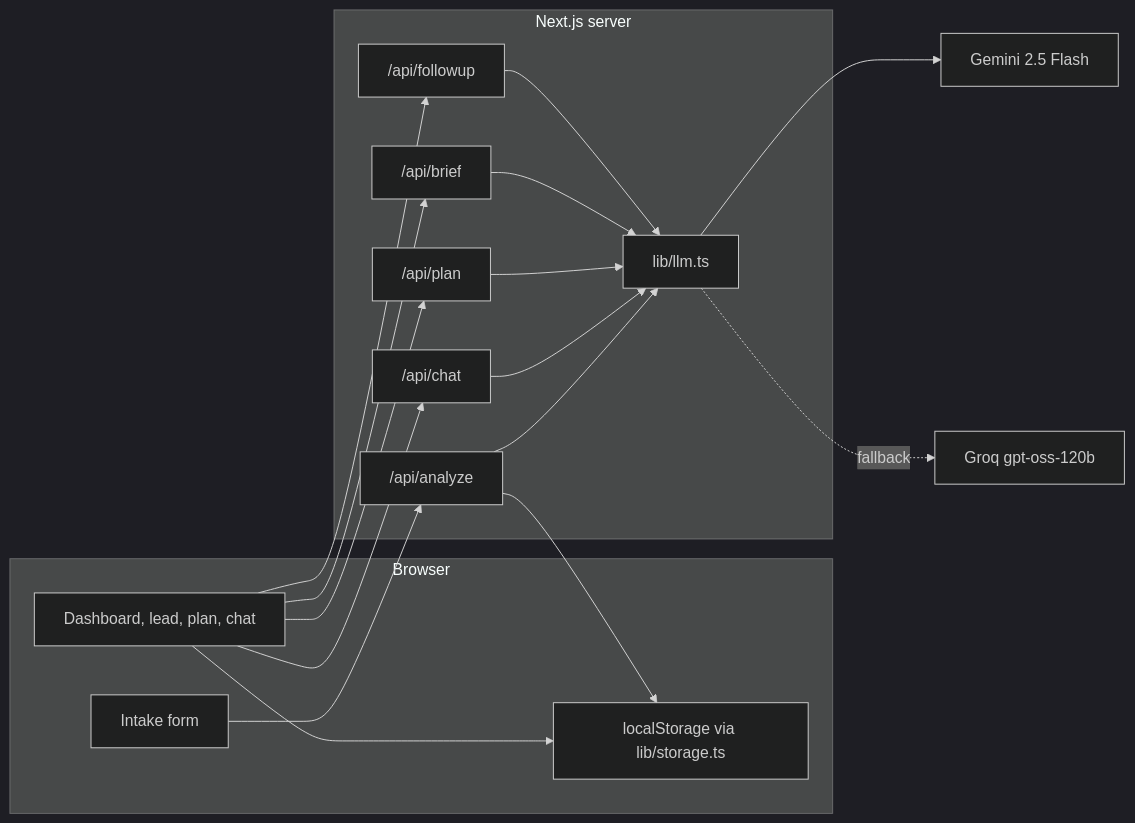
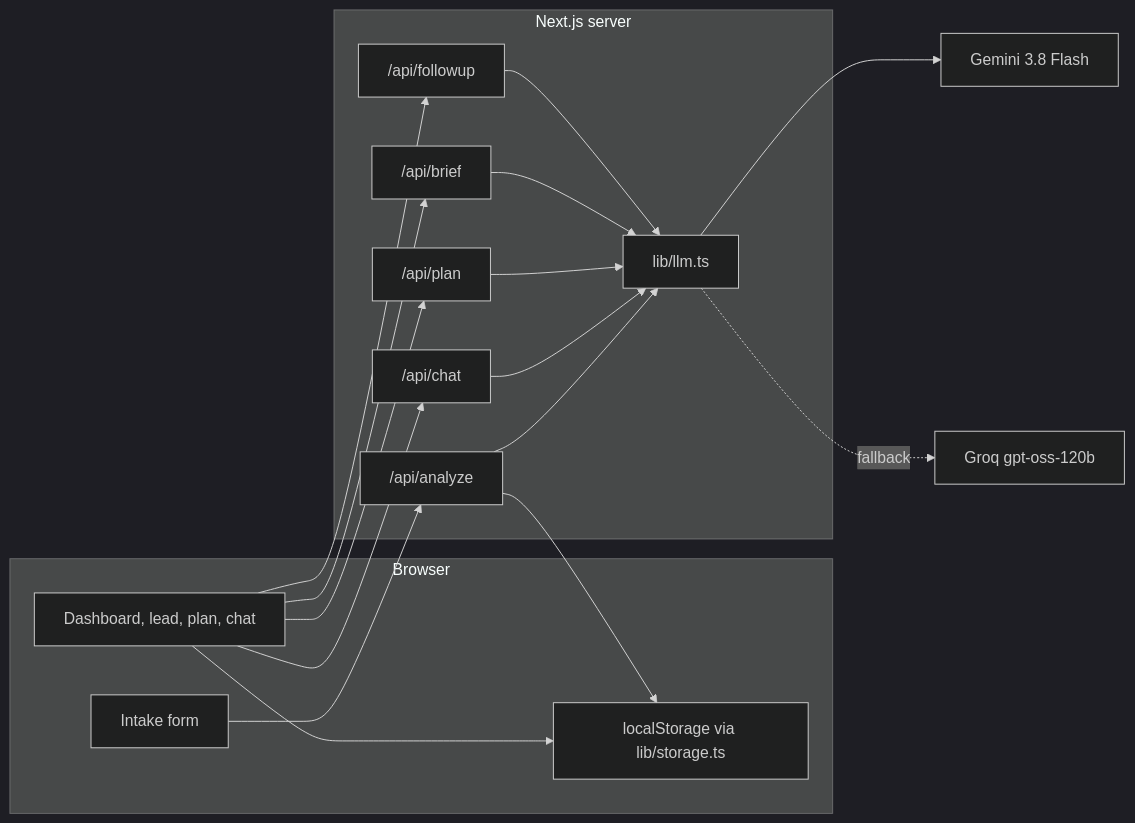
One commit to Ashlyagrawal23/leadlens changed the diagram in README.md. Above: the diagram before and after it, drawn with Mermaid (dark theme). The commit also changed other lines of this file and 2 other files, not shown here.

First line of the commit message:
Point Gemini at gemini-3.8-flash for new API keys.

````diff
--- a/README.md
+++ b/README.md
@@ -27,33 +27,33 @@
 ```mermaid
 flowchart LR
   subgraph browser [Browser]
     Form[Intake form]
     Store["localStorage via lib/storage.ts"]
     UI[Dashboard, lead, plan, chat]
   end
   subgraph server [Next.js server]
     Analyze["/api/analyze"]
     Chat["/api/chat"]
     Plan["/api/plan"]
     Brief["/api/brief"]
     Follow["/api/followup"]
     LLM["lib/llm.ts"]
   end
-  Gemini[Gemini 2.5 Flash]
+  Gemini[Gemini 3.8 Flash]
   Groq[Groq gpt-oss-120b]
 
   Form --> Analyze
   UI --> Chat
   UI --> Plan
   UI --> Brief
   UI --> Follow
   Analyze --> LLM
   Chat --> LLM
   Plan --> LLM
   Brief --> LLM
   Follow --> LLM
   LLM --> Gemini
   LLM -. fallback .-> Groq
   Analyze --> Store
   UI --> Store
 ```
````
